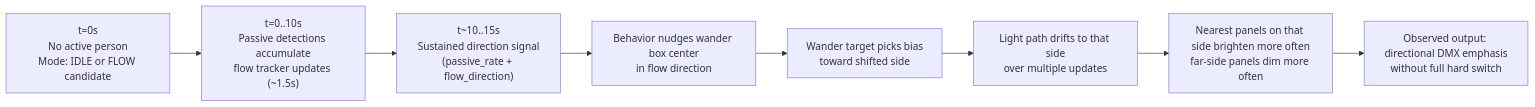
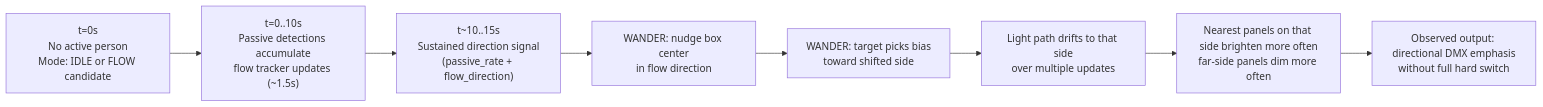
One commit to npuckett/dc-dev changed the tenth of 14 diagrams in IO/CAMERA_TO_DMX_DIAGRAMS.md. Above: the diagram before and after it, drawn with Mermaid. The commit also changed other lines of this file and 1 other file, not shown here.

Commit message:
wander update

````diff
--- a/IO/CAMERA_TO_DMX_DIAGRAMS.md
+++ b/IO/CAMERA_TO_DMX_DIAGRAMS.md
@@ -292,10 +297,10 @@
 ```mermaid
 flowchart LR
     T0["t=0s\nNo active person\nMode: IDLE or FLOW candidate"] --> T1["t=0..10s\nPassive detections accumulate\nflow tracker updates (~1.5s)"]
     T1 --> T2["t~10..15s\nSustained direction signal\n(passive_rate + flow_direction)"]
-    T2 --> T3["Behavior nudges wander box center\nin flow direction"]
-    T3 --> T4["Wander target picks bias\ntoward shifted side"]
+    T2 --> T3["WANDER: nudge box center\nin flow direction"]
+    T3 --> T4["WANDER: target picks bias\ntoward shifted side"]
     T4 --> T5["Light path drifts to that side\nover multiple updates"]
     T5 --> T6["Nearest panels on that side brighten more often\nfar-side panels dim more often"]
     T6 --> T7["Observed output: directional DMX emphasis\nwithout full hard switch"]
 ```
````
